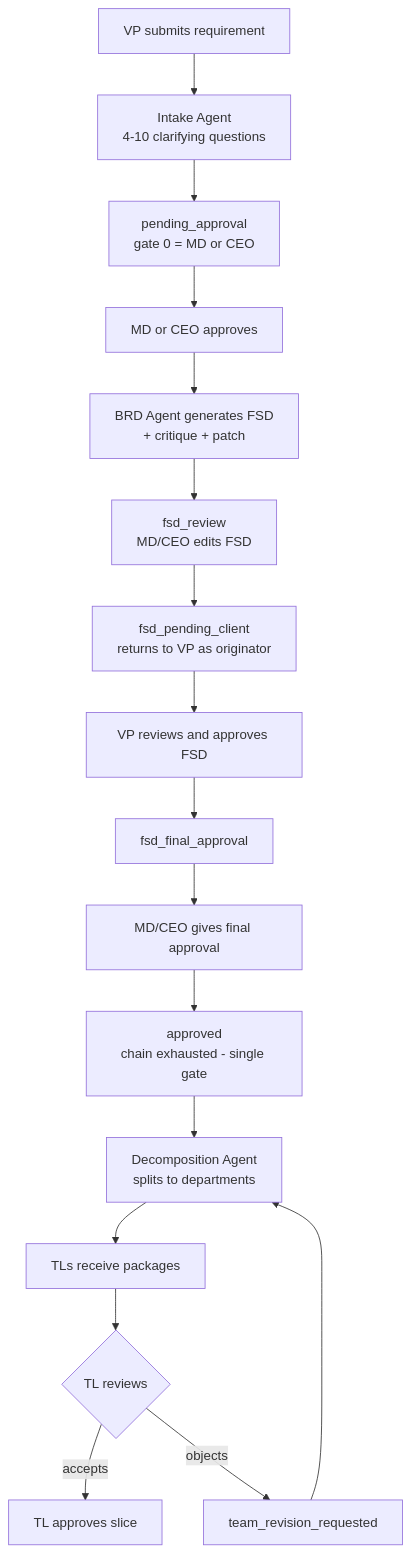
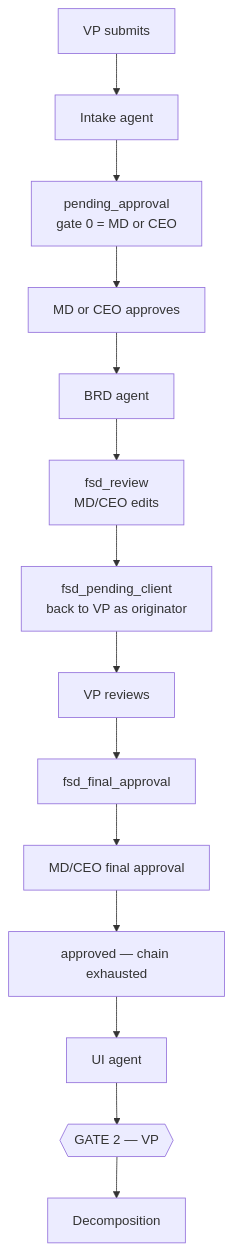
One commit to ronit-j-sdms1030/ai-factory changed the fifth of 8 diagrams in docs/architecture.md. Above: the diagram before and after it, drawn with Mermaid. The commit also changed other lines of this file and 2 other files, not shown here.

````diff
--- a/docs/architecture.md
+++ b/docs/architecture.md
@@ -112,19 +193,12 @@
 ```mermaid
 flowchart TD
-    A[VP submits requirement] --> B[Intake Agent<br/>4-10 clarifying questions]
+    A[VP submits] --> B[Intake agent]
     B --> C[pending_approval<br/>gate 0 = MD or CEO]
-    C --> D[MD or CEO approves]
-    D --> E[BRD Agent generates FSD<br/>+ critique + patch]
-    E --> F[fsd_review<br/>MD/CEO edits FSD]
-    F --> G[fsd_pending_client<br/>returns to VP as originator]
-    G --> H[VP reviews and approves FSD]
-    H --> I[fsd_final_approval]
-    I --> J[MD/CEO gives final approval]
-    J --> K[approved<br/>chain exhausted - single gate]
-    K --> L[Decomposition Agent<br/>splits to departments]
-    L --> M[TLs receive packages]
-    M --> N{TL reviews}
-    N -->|accepts| O[TL approves slice]
-    N -->|objects| P[team_revision_requested]
-    P --> L
+    C --> D[MD or CEO approves] --> E[BRD agent]
+    E --> F[fsd_review<br/>MD/CEO edits]
+    F --> G[fsd_pending_client<br/>back to VP as originator]
+    G --> H[VP reviews] --> I[fsd_final_approval]
+    I --> J[MD/CEO final approval] --> K[approved — chain exhausted]
+    K --> L[UI agent] --> M{{GATE 2 — VP}}
+    M --> N[Decomposition]
 ```
````
